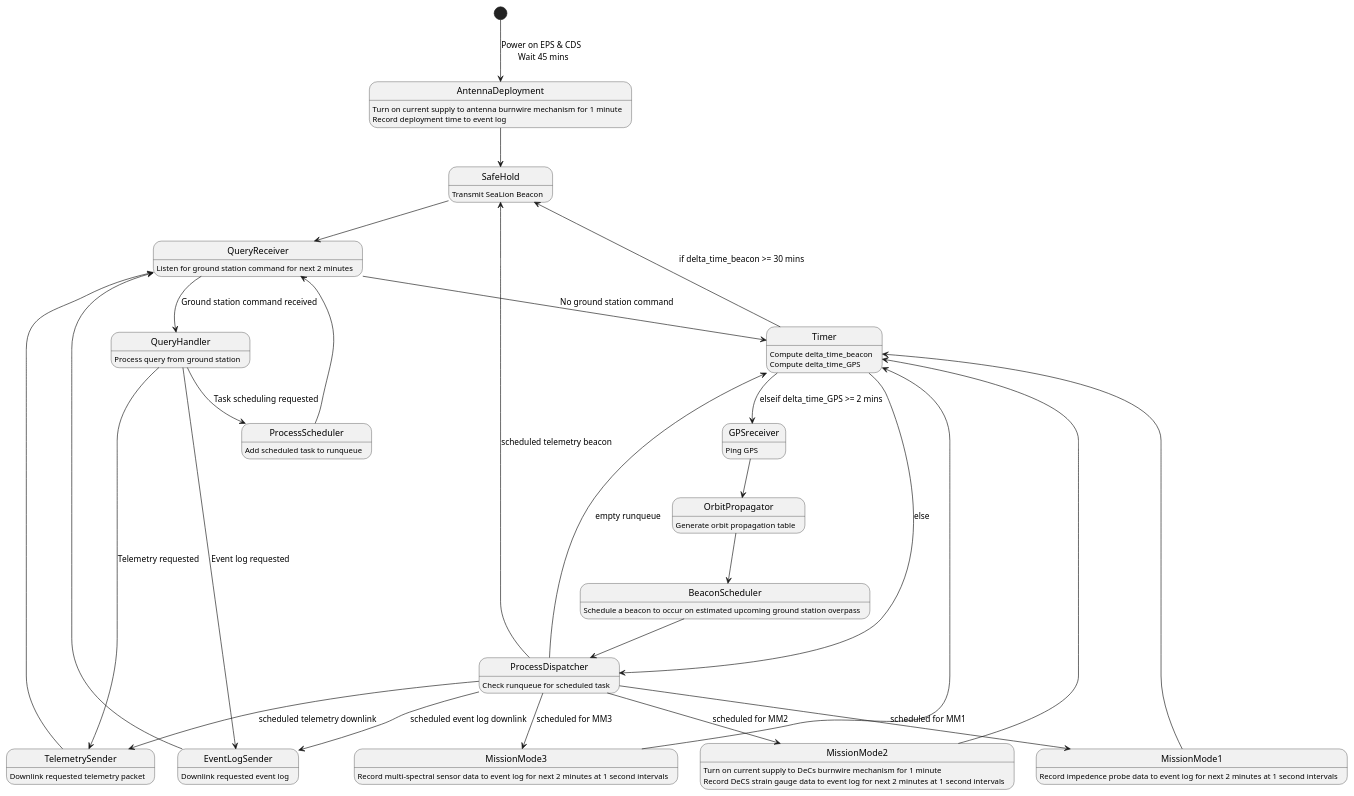
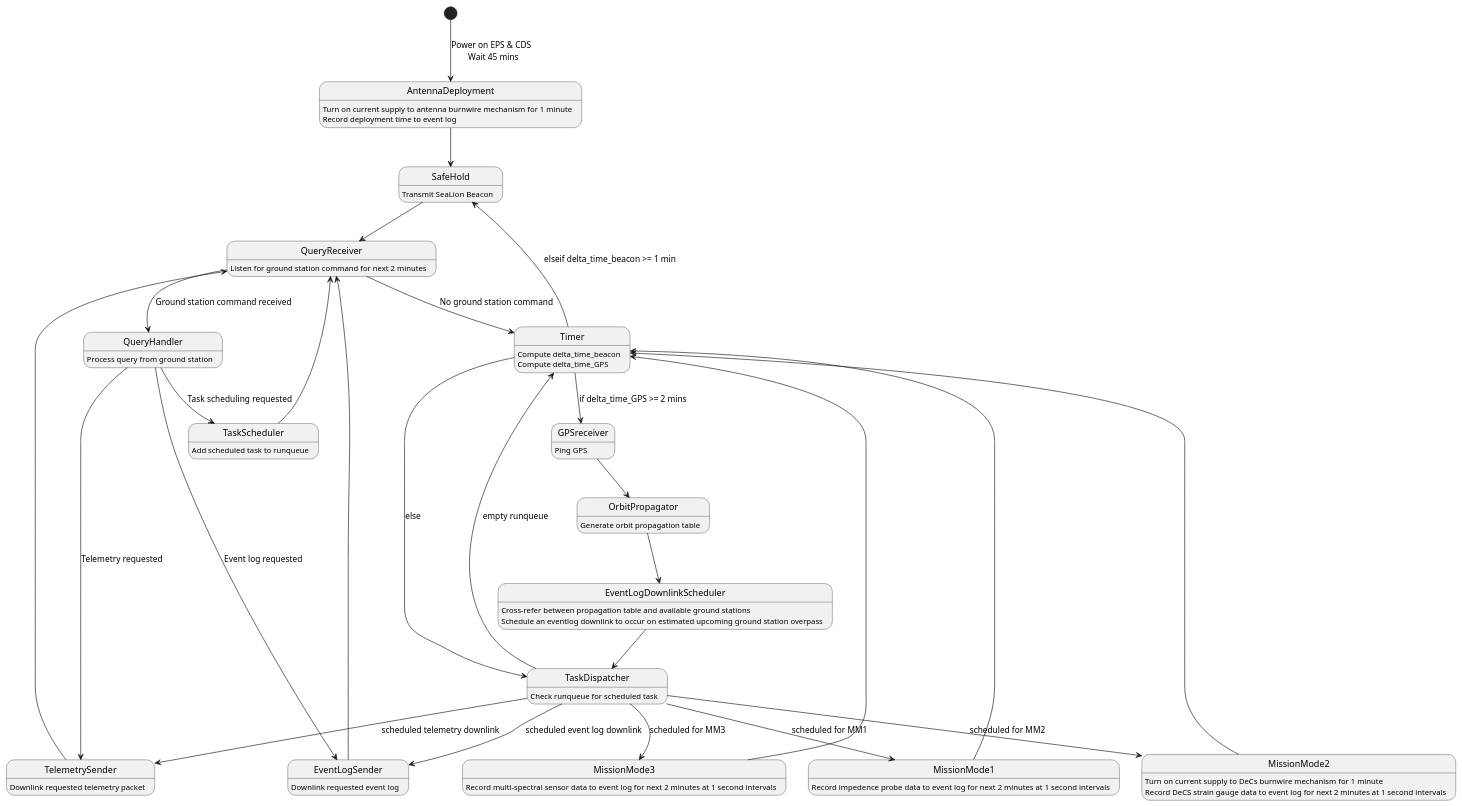
Before and after one commit to ODU-CGA-CubeSat/FSW: the diagram in fsw-architecture/operating-mode-as-fsm.puml, drawn with PlantUML.

Commit message:
Update operating-mode-as-fsm.puml
- Updated delta_time_beacon from 30mins to
  1 min
- Renamed BeaconScheduler to
   EventLogDownlinkScheduler
- ProcessScheduler to TaskScheduler
- ProcessDispatcher to TaskDispatcher
- Remove state change from TaskDispatcher
  to SafeHold
- Added an activity to
  EventLogDownlinkScheduler

```diff
--- a/fsw-architecture/operating-mode-as-fsm.puml
+++ b/fsw-architecture/operating-mode-as-fsm.puml
@@ -1,64 +1,64 @@
 @startuml
 
 state AntennaDeployment
       AntennaDeployment : Turn on current supply to antenna burnwire mechanism for 1 minute
       AntennaDeployment : Record deployment time to event log
 state SafeHold
       SafeHold : Transmit SeaLion Beacon
 state QueryReceiver
       QueryReceiver : Listen for ground station command for next 2 minutes
 state TelemetrySender
       TelemetrySender : Downlink requested telemetry packet
 state EventLogSender
       EventLogSender : Downlink requested event log
 state Timer
       Timer : Compute delta_time_beacon
       Timer : Compute delta_time_GPS
 state MissionMode1
       MissionMode1 : Record impedence probe data to event log for next 2 minutes at 1 second intervals
 state MissionMode2
       MissionMode2 : Turn on current supply to DeCs burnwire mechanism for 1 minute
       MissionMode2 : Record DeCS strain gauge data to event log for next 2 minutes at 1 second intervals
 state MissionMode3
       MissionMode3 : Record multi-spectral sensor data to event log for next 2 minutes at 1 second intervals
-state ProcessDispatcher
-      ProcessDispatcher : Check runqueue for scheduled task
+state TaskDispatcher
+      TaskDispatcher : Check runqueue for scheduled task
 state OrbitPropagator
       OrbitPropagator : Generate orbit propagation table
-state BeaconScheduler
-      BeaconScheduler : Schedule a beacon to occur on estimated upcoming ground station overpass
+state EventLogDownlinkScheduler
+      EventLogDownlinkScheduler : Cross-refer between propagation table and available ground stations
+      EventLogDownlinkScheduler : Schedule an eventlog downlink to occur on estimated upcoming ground station overpass
 state GPSreceiver
       GPSreceiver : Ping GPS
 state QueryHandler
       QueryHandler : Process query from ground station
-state ProcessScheduler
-      ProcessScheduler : Add scheduled task to runqueue
+state TaskScheduler
+      TaskScheduler : Add scheduled task to runqueue
 
 [*] --> AntennaDeployment : Power on EPS & CDS \n Wait 45 mins
 AntennaDeployment --> SafeHold
 SafeHold --> QueryReceiver
 QueryReceiver --> QueryHandler : Ground station command received
 QueryReceiver --> Timer : No ground station command
 QueryHandler --> TelemetrySender : Telemetry requested
 QueryHandler --> EventLogSender : Event log requested
-QueryHandler --> ProcessScheduler : Task scheduling requested
+QueryHandler --> TaskScheduler : Task scheduling requested
 TelemetrySender --> QueryReceiver
 EventLogSender --> QueryReceiver
-ProcessScheduler --> QueryReceiver
+TaskScheduler --> QueryReceiver
 MissionMode1 --> Timer
 MissionMode2 --> Timer
 MissionMode3 --> Timer
 GPSreceiver --> OrbitPropagator
-OrbitPropagator --> BeaconScheduler
-BeaconScheduler --> ProcessDispatcher
-Timer --> SafeHold : if delta_time_beacon >= 30 mins
-Timer --> GPSreceiver : elseif delta_time_GPS >= 2 mins
-Timer --> ProcessDispatcher : else
-ProcessDispatcher --> MissionMode1 : scheduled for MM1
-ProcessDispatcher --> MissionMode2 : scheduled for MM2
-ProcessDispatcher --> MissionMode3 : scheduled for MM3
-ProcessDispatcher --> Timer : empty runqueue
-ProcessDispatcher --> EventLogSender : scheduled event log downlink
-ProcessDispatcher --> TelemetrySender : scheduled telemetry downlink
-ProcessDispatcher --> SafeHold : scheduled telemetry beacon
+OrbitPropagator --> EventLogDownlinkScheduler
+EventLogDownlinkScheduler --> TaskDispatcher
+Timer --> SafeHold : elseif delta_time_beacon >= 1 min
+Timer --> GPSreceiver : if delta_time_GPS >= 2 mins
+Timer --> TaskDispatcher : else
+TaskDispatcher --> MissionMode1 : scheduled for MM1
+TaskDispatcher --> MissionMode2 : scheduled for MM2
+TaskDispatcher --> MissionMode3 : scheduled for MM3
+TaskDispatcher --> Timer : empty runqueue
+TaskDispatcher --> EventLogSender : scheduled event log downlink
+TaskDispatcher --> TelemetrySender : scheduled telemetry downlink
 @enduml
```
